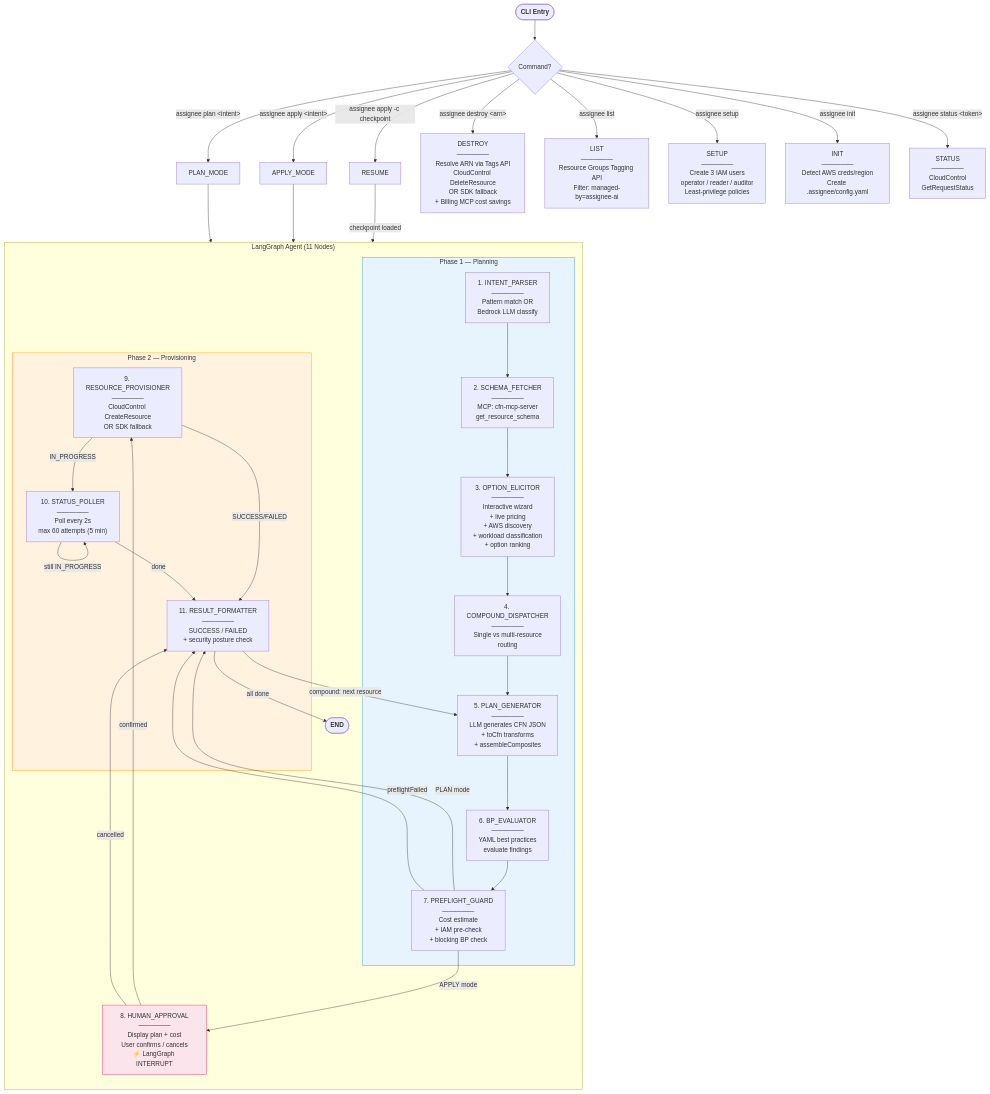
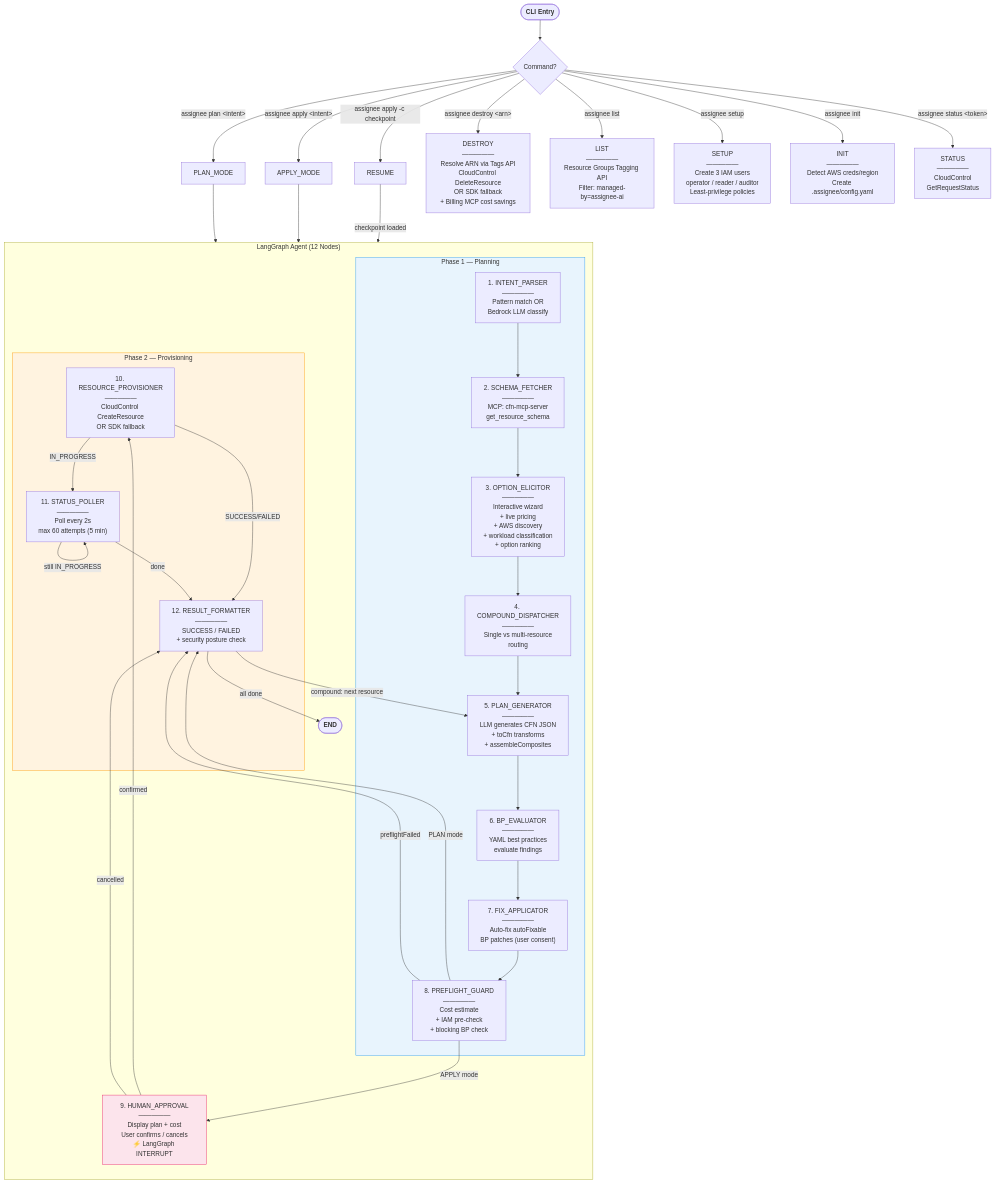
One commit to SergSlon/assignee-ai changed the first of 10 diagrams in docs/architecture-flows.md. Above: the diagram before and after it, drawn with Mermaid. The commit also changed other lines of this file and 146 other files, not shown here.

````diff
--- a/docs/architecture-flows.md
+++ b/docs/architecture-flows.md
@@ -9,69 +11,70 @@
 ```mermaid
 flowchart TD
     START(["`**CLI Entry**`"]) --> CMD{Command?}
 
     CMD -->|"assignee plan &lt;intent&gt;"| PLAN_MODE
     CMD -->|"assignee apply &lt;intent&gt;"| APPLY_MODE
     CMD -->|"assignee apply -c checkpoint"| RESUME
     CMD -->|"assignee destroy &lt;arn&gt;"| DESTROY
     CMD -->|"assignee list"| LIST
     CMD -->|"assignee setup"| SETUP
     CMD -->|"assignee init"| INIT
     CMD -->|"assignee status &lt;token&gt;"| STATUS
 
-    subgraph GRAPH["LangGraph Agent (11 Nodes)"]
+    subgraph GRAPH["LangGraph Agent (12 Nodes)"]
         direction TB
 
         subgraph PHASE1["Phase 1 — Planning"]
             IP["1. INTENT_PARSER<br/>—————<br/>Pattern match OR<br/>Bedrock LLM classify"]
             SF["2. SCHEMA_FETCHER<br/>—————<br/>MCP: cfn-mcp-server<br/>get_resource_schema"]
             OE["3. OPTION_ELICITOR<br/>—————<br/>Interactive wizard<br/>+ live pricing<br/>+ AWS discovery<br/>+ workload classification<br/>+ option ranking"]
             CD["4. COMPOUND_DISPATCHER<br/>—————<br/>Single vs multi-resource<br/>routing"]
             PG["5. PLAN_GENERATOR<br/>—————<br/>LLM generates CFN JSON<br/>+ toCfn transforms<br/>+ assembleComposites"]
             BP["6. BP_EVALUATOR<br/>—————<br/>YAML best practices<br/>evaluate findings"]
-            PF["7. PREFLIGHT_GUARD<br/>—————<br/>Cost estimate<br/>+ IAM pre-check<br/>+ blocking BP check"]
+            FA["7. FIX_APPLICATOR<br/>—————<br/>Auto-fix autoFixable<br/>BP patches (user consent)"]
+            PF["8. PREFLIGHT_GUARD<br/>—————<br/>Cost estimate<br/>+ IAM pre-check<br/>+ blocking BP check"]
         end
 
-        HA["8. HUMAN_APPROVAL<br/>—————<br/>Display plan + cost<br/>User confirms / cancels<br/>⚡ LangGraph INTERRUPT"]
+        HA["9. HUMAN_APPROVAL<br/>—————<br/>Display plan + cost<br/>User confirms / cancels<br/>⚡ LangGraph INTERRUPT"]
 
         subgraph PHASE2["Phase 2 — Provisioning"]
-            RP["9. RESOURCE_PROVISIONER<br/>—————<br/>CloudControl CreateResource<br/>OR SDK fallback"]
-            SP["10. STATUS_POLLER<br/>—————<br/>Poll every 2s<br/>max 60 attempts (5 min)"]
-            RF["11. RESULT_FORMATTER<br/>—————<br/>SUCCESS / FAILED<br/>+ security posture check"]
+            RP["10. RESOURCE_PROVISIONER<br/>—————<br/>CloudControl CreateResource<br/>OR SDK fallback"]
+            SP["11. STATUS_POLLER<br/>—————<br/>Poll every 2s<br/>max 60 attempts (5 min)"]
+            RF["12. RESULT_FORMATTER<br/>—————<br/>SUCCESS / FAILED<br/>+ security posture check"]
         end
 
-        IP --> SF --> OE --> CD --> PG --> BP --> PF
+        IP --> SF --> OE --> CD --> PG --> BP --> FA --> PF
 
         PF -->|"PLAN mode"| RF
         PF -->|"APPLY mode"| HA
         PF -->|"preflightFailed"| RF
 
         HA -->|"confirmed"| RP
         HA -->|"cancelled"| RF
 
         RP -->|"IN_PROGRESS"| SP
         RP -->|"SUCCESS/FAILED"| RF
 
         SP -->|"still IN_PROGRESS"| SP
         SP -->|"done"| RF
 
         RF -->|"compound: next resource"| PG
         RF -->|"all done"| DONE
     end
 
     PLAN_MODE --> IP
     APPLY_MODE --> IP
     RESUME -->|"checkpoint loaded"| HA
 
     DESTROY["DESTROY<br/>—————<br/>Resolve ARN via Tags API<br/>CloudControl DeleteResource<br/>OR SDK fallback<br/>+ Billing MCP cost savings"]
     LIST["LIST<br/>—————<br/>Resource Groups Tagging API<br/>Filter: managed-by=assignee-ai"]
     SETUP["SETUP<br/>—————<br/>Create 3 IAM users<br/>operator / reader / auditor<br/>Least-privilege policies"]
     INIT["INIT<br/>—————<br/>Detect AWS creds/region<br/>Create .assignee/config.yaml"]
     STATUS["STATUS<br/>—————<br/>CloudControl<br/>GetRequestStatus"]
 
     DONE(["`**END**`"])
 
     style PHASE1 fill:#e8f4fd,stroke:#2196F3
     style PHASE2 fill:#fff3e0,stroke:#FF9800
     style HA fill:#fce4ec,stroke:#E91E63
 ```
````
